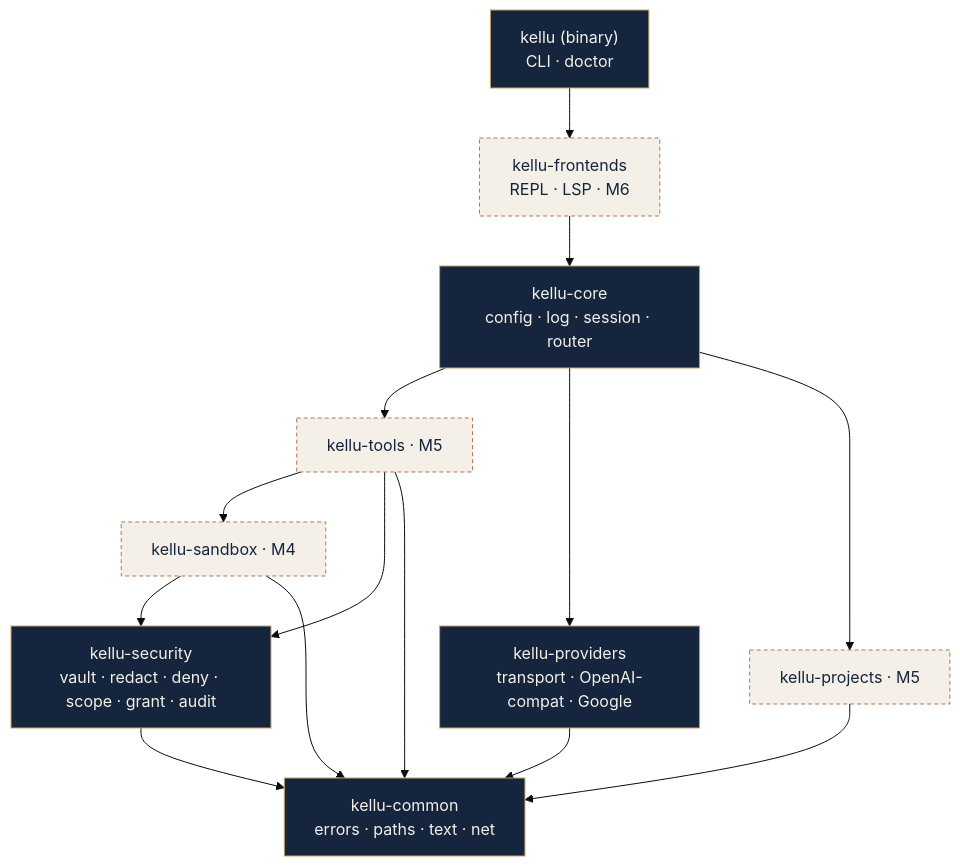
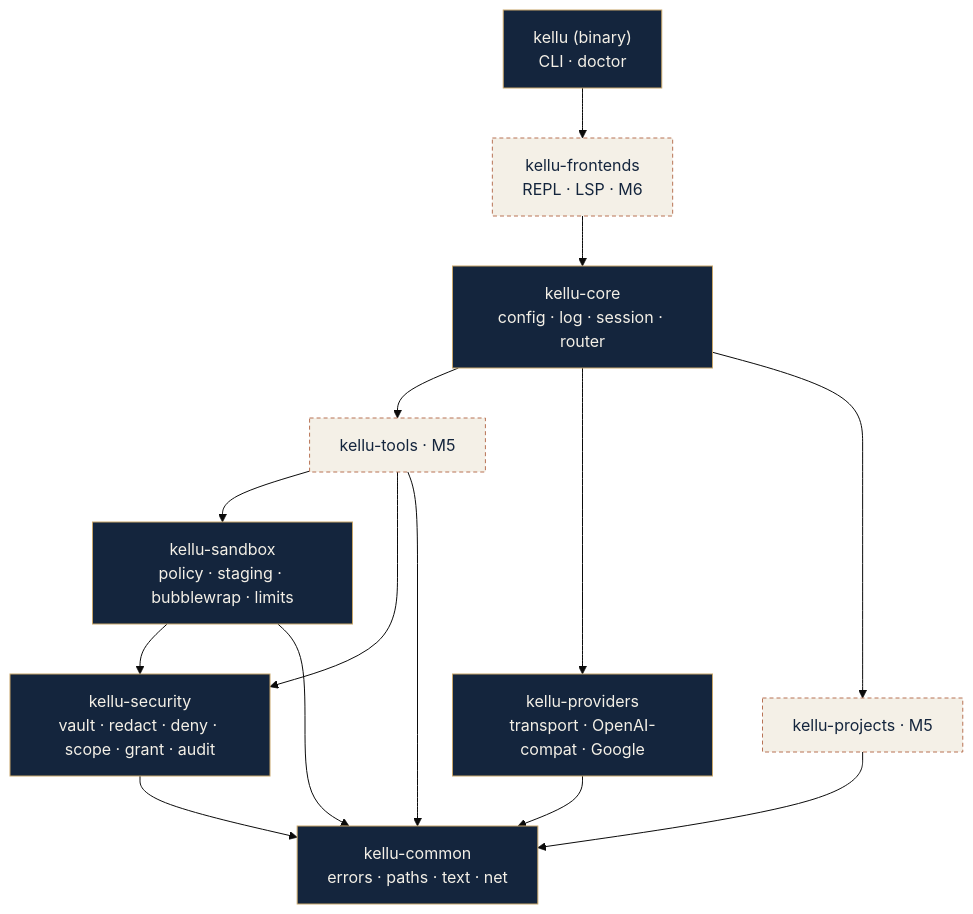
The first of 2 diagrams in docs/ARCHITECTURE.md (drojo72/kellu), drawn with Mermaid (base theme) before and after one commit. The commit also changed other lines of this file and 24 other files, not shown here.

````diff
--- a/docs/ARCHITECTURE.md
+++ b/docs/ARCHITECTURE.md
@@ -32,21 +32,21 @@
 ```mermaid
 flowchart TD
     bin["kellu (binary)<br/>CLI · doctor"]:::done
     fe["kellu-frontends<br/>REPL · LSP · M6"]:::todo
     core["kellu-core<br/>config · log · session · router"]:::done
     tools["kellu-tools · M5"]:::todo
     proj["kellu-projects · M5"]:::todo
     prov["kellu-providers<br/>transport · OpenAI-compat · Google"]:::done
-    sbx["kellu-sandbox · M4"]:::todo
+    sbx["kellu-sandbox<br/>policy · staging · bubblewrap · limits"]:::done
     sec["kellu-security<br/>vault · redact · deny · scope · grant · audit"]:::done
     com["kellu-common<br/>errors · paths · text · net"]:::done
     bin --> fe --> core
     core --> tools --> sbx --> sec --> com
     core --> prov --> com
     core --> proj --> com
     tools --> sec
     tools --> com
     sbx --> com
     classDef done fill:#14253D,stroke:#C8A66A,color:#F4F0E7
     classDef todo fill:#F4F0E7,stroke:#B87355,color:#14253D,stroke-dasharray:4 3
 ```
````
